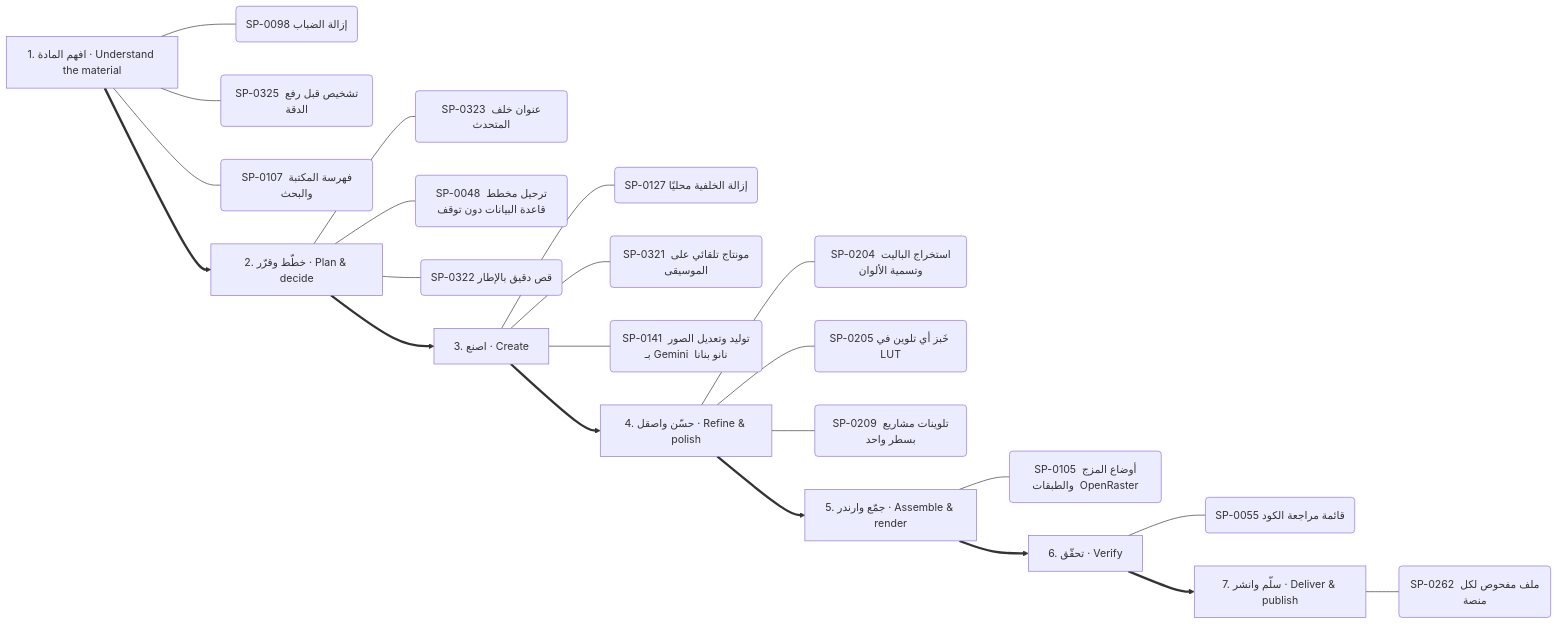
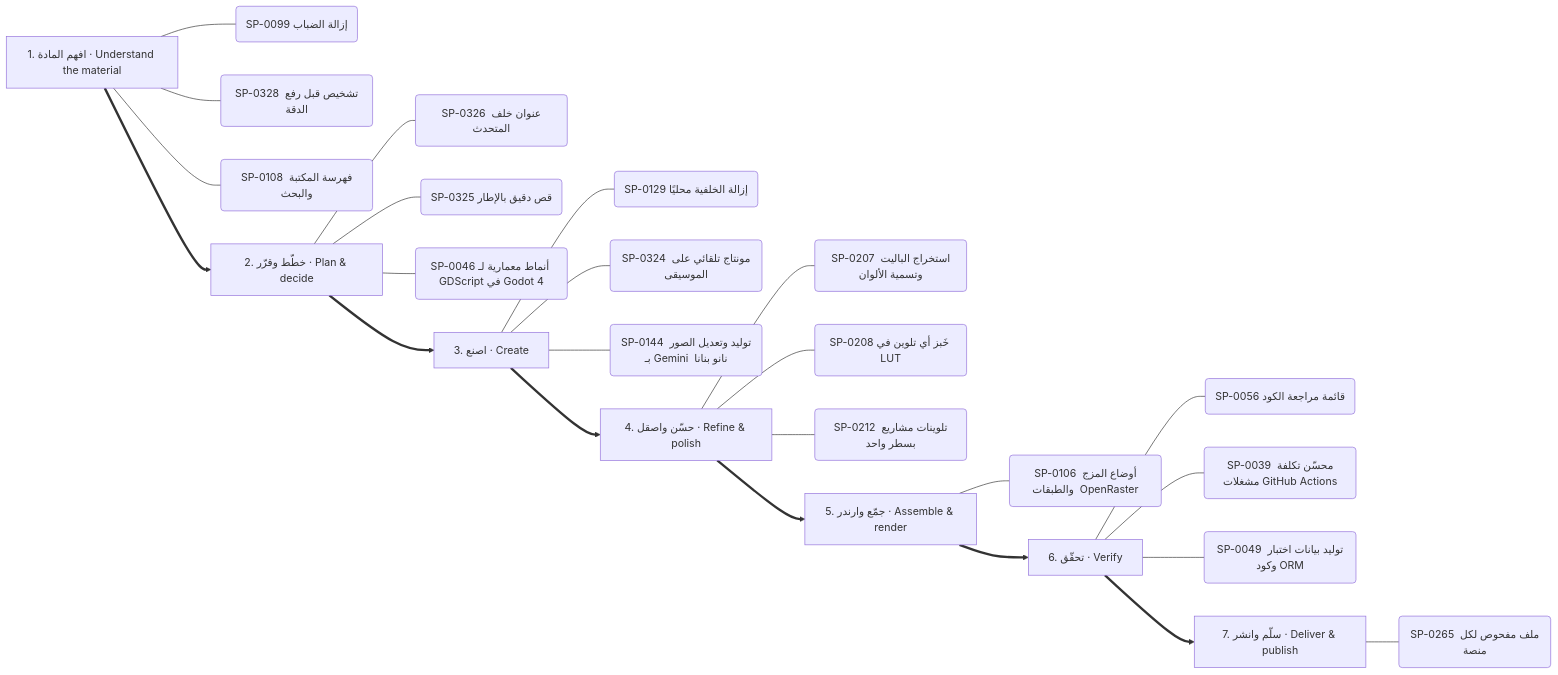
Before and after one commit to kosif199022-jpg/kosif-tool: the seventh of 13 diagrams in .claude/skills/kosif-superpowers/references/capability-mindmap.md, drawn with Mermaid. The commit also changed other lines of this file and 46 other files, not shown here.

````diff
--- a/.claude/skills/kosif-superpowers/references/capability-mindmap.md
+++ b/.claude/skills/kosif-superpowers/references/capability-mindmap.md
@@ -363,31 +361,33 @@
 ```mermaid
 flowchart LR
   S0["1. افهم المادة · Understand the material"]
-  S0 --- S0_0("SP-0098 إزالة الضباب")
-  S0 --- S0_1("SP-0325 تشخيص قبل رفع الدقة")
-  S0 --- S0_2("SP-0107 فهرسة المكتبة والبحث")
+  S0 --- S0_0("SP-0099 إزالة الضباب")
+  S0 --- S0_1("SP-0328 تشخيص قبل رفع الدقة")
+  S0 --- S0_2("SP-0108 فهرسة المكتبة والبحث")
   S1["2. خطّط وقرّر · Plan & decide"]
-  S1 --- S1_0("SP-0323 عنوان خلف المتحدث")
-  S1 --- S1_1("SP-0048 ترحيل مخطط قاعدة البيانات دون توقف")
-  S1 --- S1_2("SP-0322 قص دقيق بالإطار")
+  S1 --- S1_0("SP-0326 عنوان خلف المتحدث")
+  S1 --- S1_1("SP-0325 قص دقيق بالإطار")
+  S1 --- S1_2("SP-0046 أنماط معمارية لـ GDScript في Godot 4")
   S0 ==> S1
   S2["3. اصنع · Create"]
-  S2 --- S2_0("SP-0127 إزالة الخلفية محليًا")
-  S2 --- S2_1("SP-0321 مونتاج تلقائي على الموسيقى")
-  S2 --- S2_2("SP-0141 توليد وتعديل الصور بـ Gemini  نانو بنانا ")
+  S2 --- S2_0("SP-0129 إزالة الخلفية محليًا")
+  S2 --- S2_1("SP-0324 مونتاج تلقائي على الموسيقى")
+  S2 --- S2_2("SP-0144 توليد وتعديل الصور بـ Gemini  نانو بنانا ")
   S1 ==> S2
   S3["4. حسّن واصقل · Refine & polish"]
-  S3 --- S3_0("SP-0204 استخراج الباليت وتسمية الألوان")
-  S3 --- S3_1("SP-0205 خَبز أي تلوين في LUT")
-  S3 --- S3_2("SP-0209 تلوينات مشاريع بسطر واحد")
+  S3 --- S3_0("SP-0207 استخراج الباليت وتسمية الألوان")
+  S3 --- S3_1("SP-0208 خَبز أي تلوين في LUT")
+  S3 --- S3_2("SP-0212 تلوينات مشاريع بسطر واحد")
   S2 ==> S3
   S4["5. جمّع وارندر · Assemble & render"]
-  S4 --- S4_0("SP-0105 أوضاع المزج والطبقات  OpenRaster ")
+  S4 --- S4_0("SP-0106 أوضاع المزج والطبقات  OpenRaster ")
   S3 ==> S4
   S5["6. تحقّق · Verify"]
-  S5 --- S5_0("SP-0055 قائمة مراجعة الكود")
+  S5 --- S5_0("SP-0056 قائمة مراجعة الكود")
+  S5 --- S5_1("SP-0039 محسّن تكلفة مشغلات GitHub Actions")
+  S5 --- S5_2("SP-0049 توليد بيانات اختبار وكود ORM")
   S4 ==> S5
   S6["7. سلّم وانشر · Deliver & publish"]
-  S6 --- S6_0("SP-0262 ملف مفحوص لكل منصة")
+  S6 --- S6_0("SP-0265 ملف مفحوص لكل منصة")
   S5 ==> S6
 ```
````
